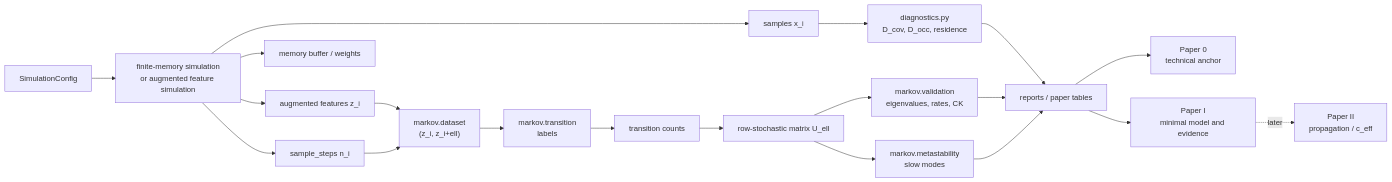
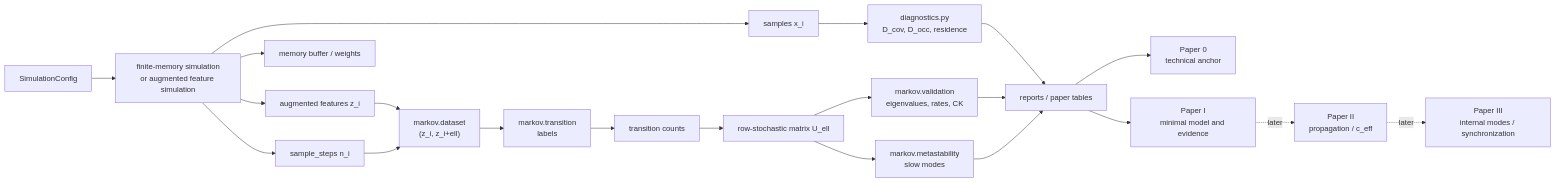
The third of 4 diagrams in docs/repository_map.md (MemoryDynamics/Knoten), drawn with Mermaid before and after one commit. The commit also changed other lines of this file and 9 other files, not shown here.

Commit message:
Plan Paper III synchronization path

````diff
--- a/docs/repository_map.md
+++ b/docs/repository_map.md
@@ -64,27 +67,28 @@
 ```mermaid
 flowchart LR
     config["SimulationConfig"] --> sim["finite-memory simulation<br/>or augmented feature simulation"]
 
     sim --> samples["samples x_i"]
     sim --> steps["sample_steps n_i"]
     sim --> memory["memory buffer / weights"]
     sim --> zfeatures["augmented features z_i"]
 
     samples --> geom["diagnostics.py<br/>D_cov, D_occ, residence"]
     zfeatures --> lagged["markov.dataset<br/>(z_i, z_i+ell)"]
     steps --> lagged
 
     lagged --> labels["markov.transition<br/>labels"]
     labels --> counts["transition counts"]
     counts --> matrix["row-stochastic matrix U_ell"]
     matrix --> validation["markov.validation<br/>eigenvalues, rates, CK"]
     matrix --> meta["markov.metastability<br/>slow modes"]
 
     geom --> reports["reports / paper tables"]
     validation --> reports
     meta --> reports
 
     reports --> paper0["Paper 0<br/>technical anchor"]
     reports --> paper1["Paper I<br/>minimal model and evidence"]
     paper1 -.later.-> paper2["Paper II<br/>propagation / c_eff"]
+    paper2 -.later.-> paper3["Paper III<br/>internal modes / synchronization"]
 ```
````
